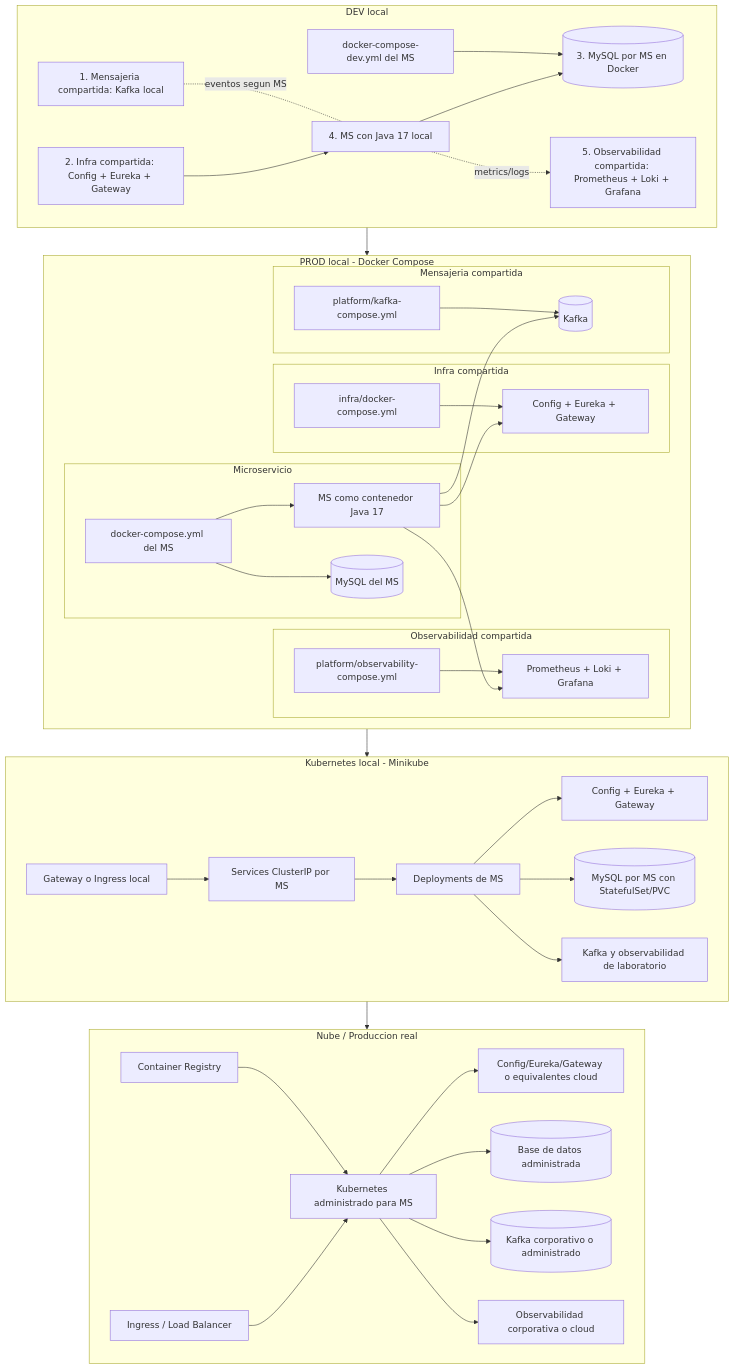
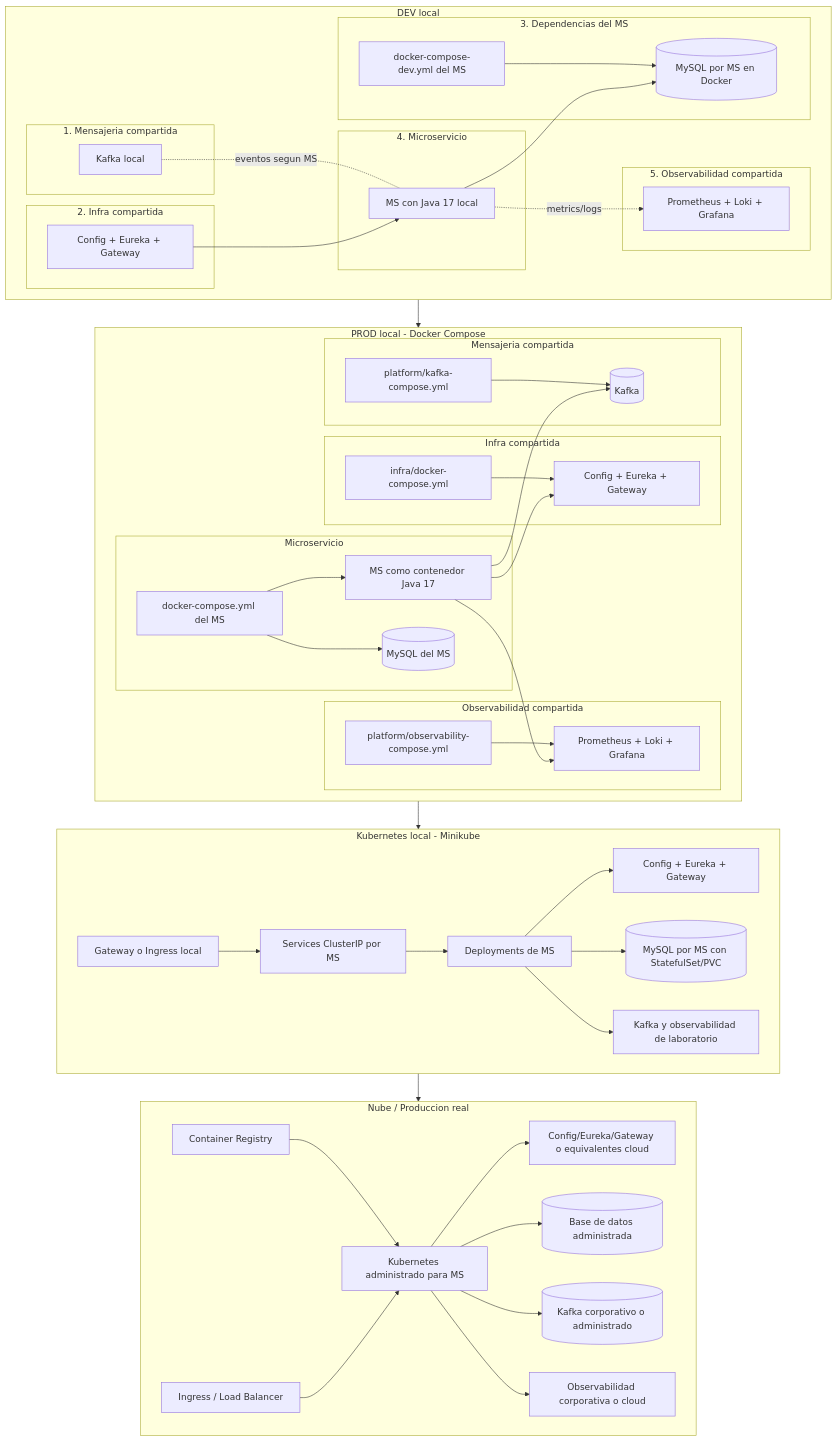
The tenth of 10 diagrams in README.md (262dist/pagatu), drawn with Mermaid before and after one commit.

````diff
--- a/README.md
+++ b/README.md
@@ -545,15 +545,29 @@
 ```mermaid
 flowchart TB
     subgraph dev[DEV local]
-        devmessaging[1. Mensajeria compartida: Kafka local]
-        devshared[2. Infra compartida: Config + Eureka + Gateway]
-        devmscompose[docker-compose-dev.yml del MS]
-        devjava[4. MS con Java 17 local]
-        devmysql[(3. MySQL por MS en Docker)]
-        devobs[5. Observabilidad compartida: Prometheus + Loki + Grafana]
+        subgraph devMessagingBox[1. Mensajeria compartida]
+            devmessaging[Kafka local]
+        end
+
+        subgraph devInfraBox[2. Infra compartida]
+            devshared[Config + Eureka + Gateway]
+        end
+
+        subgraph devDepsBox[3. Dependencias del MS]
+            devmscompose[docker-compose-dev.yml del MS]
+            devmysql[(MySQL por MS en Docker)]
+            devmscompose --> devmysql
+        end
+
+        subgraph devMsBox[4. Microservicio]
+            devjava[MS con Java 17 local]
+        end
+
+        subgraph devObsBox[5. Observabilidad compartida]
+            devobs[Prometheus + Loki + Grafana]
+        end
 
         devmessaging -. eventos segun MS .- devjava
-        devmscompose --> devmysql
         devshared --> devjava
         devjava --> devmysql
         devjava -. metrics/logs .-> devobs
````
